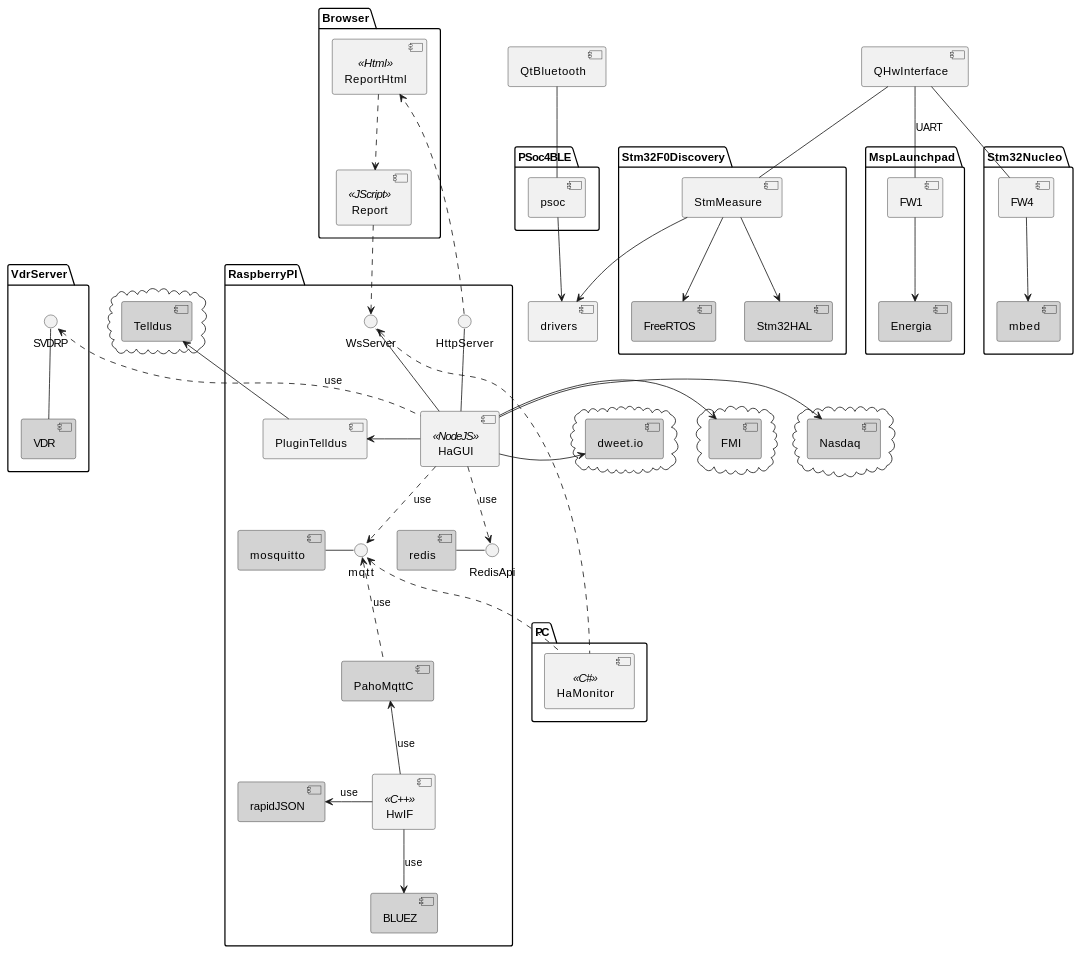
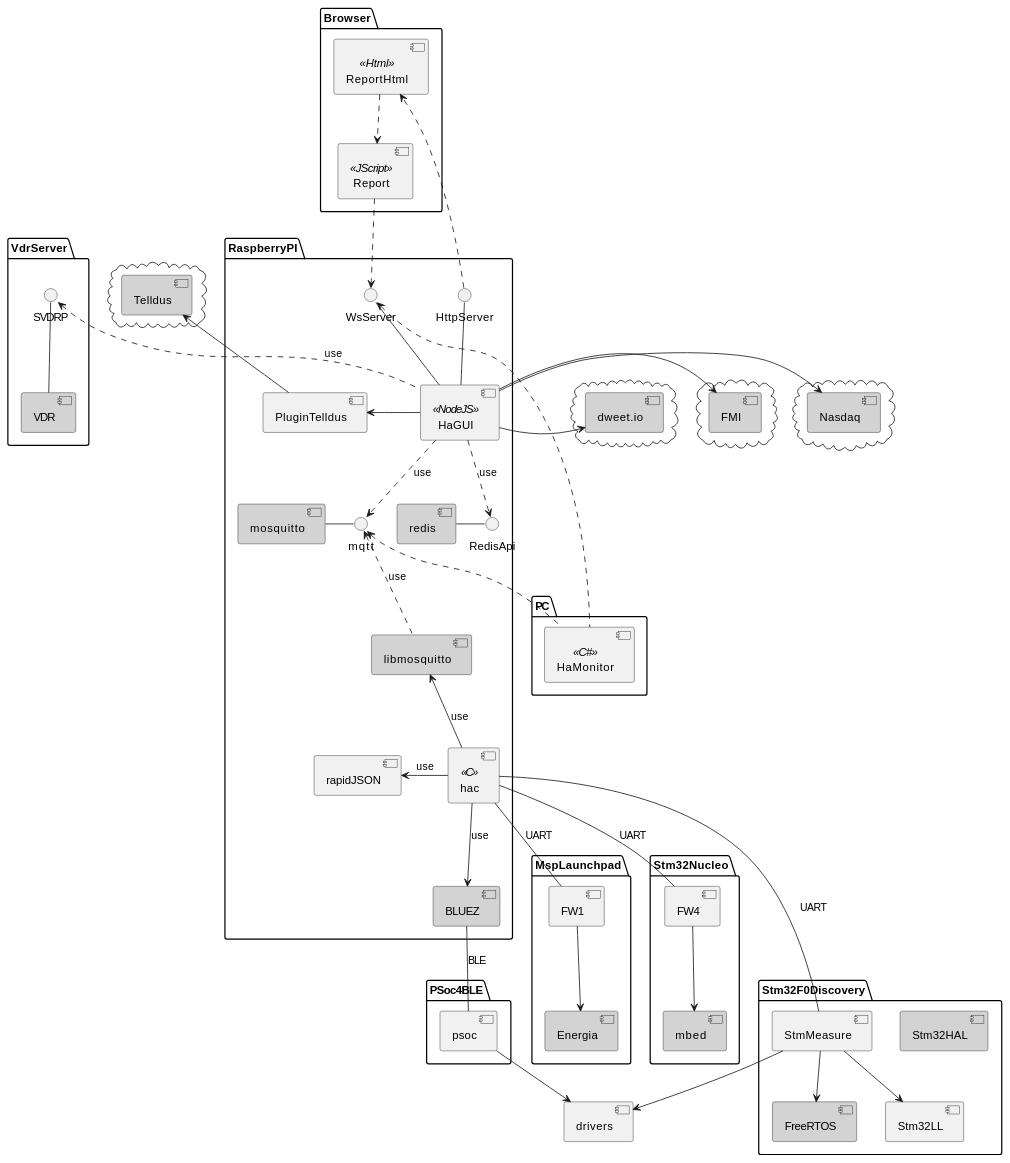
Before and after one commit to ojari/ojari.github.io: the first of 3 diagrams in github.org, drawn with PlantUML. The commit also changed other lines of this file and 7 other files, not shown here.

```diff
--- a/github.org
+++ b/github.org
@@ -144,7 +36,7 @@
 
 package RaspberryPI {
    [HaGUI] <<NodeJS>>
-   [HwIF]  <<C++>>
+   [hac]  <<C>>
 
    interface HttpServer
    interface WsServer
@@ -152,8 +44,7 @@
    interface RedisApi
 
    component [BLUEZ] #LightGrey
-   component [rapidJSON] #LightGrey
-   component [PahoMqttC] #LightGrey
+   component [libmosquitto] #LightGrey
    component [mosquitto] #LightGrey
    component [redis] #LightGrey
    component [PluginTelldus]
@@ -161,16 +52,16 @@
    [Report] .down.> WsServer
    [HaGUI] .down.> mqtt : use
    [HaGUI] .down.> RedisApi : use
-   [PahoMqttC] .up.> mqtt : use
+   [libmosquitto] .up.> mqtt : use
 
    [mosquitto] -right- mqtt
    [redis] -right- RedisApi
 
    HttpServer -down- [HaGUI]
    WsServer -down- [HaGUI]
-   [HwIF] -up-> [PahoMqttC] : use
-   [HwIF] -down-> [BLUEZ] : use
-   [HwIF] -left-> [rapidJSON] : use
+   [hac] -up-> [libmosquitto] : use
+   [hac] -down-> [BLUEZ] : use
+   [hac] -left-> [rapidJSON] : use
 }
 
 package VdrServer {
@@ -192,7 +83,7 @@
    component [Stm32HAL] #LightGrey
    [StmMeasure]
    [StmMeasure] -down-> [FreeRTOS]
-   [StmMeasure] -down-> [Stm32HAL]
+   [StmMeasure] -down-> [Stm32LL]
    [StmMeasure] -down-> [drivers]
    [drivers]
 }
@@ -229,10 +120,10 @@
 [HaGUI] -> [FMI]
 [HaGUI] -> [Nasdaq]
 [HaGUI] -> [PluginTelldus]
-[QHwInterface] -- [FW1] : UART
-[QHwInterface] -- [StmMeasure]
-[QtBluetooth] -- [psoc]
-[QHwInterface] -- [FW4]
+[hac] -- [FW1] : UART
+[hac] -- [StmMeasure] : UART
+[BLUEZ] -- [psoc] : BLE
+[hac] -- [FW4] : UART
 
 [PluginTelldus] -up-> [Telldus]
 [HaMonitor] .up.> WsServer
```
